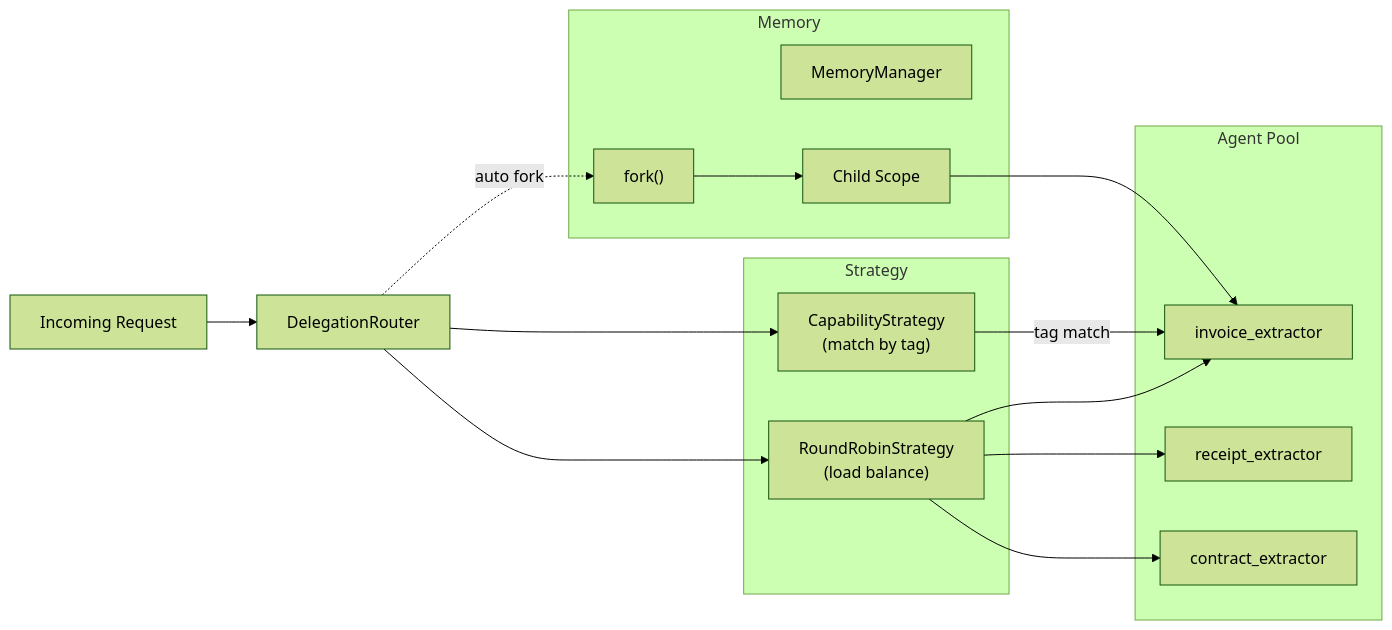
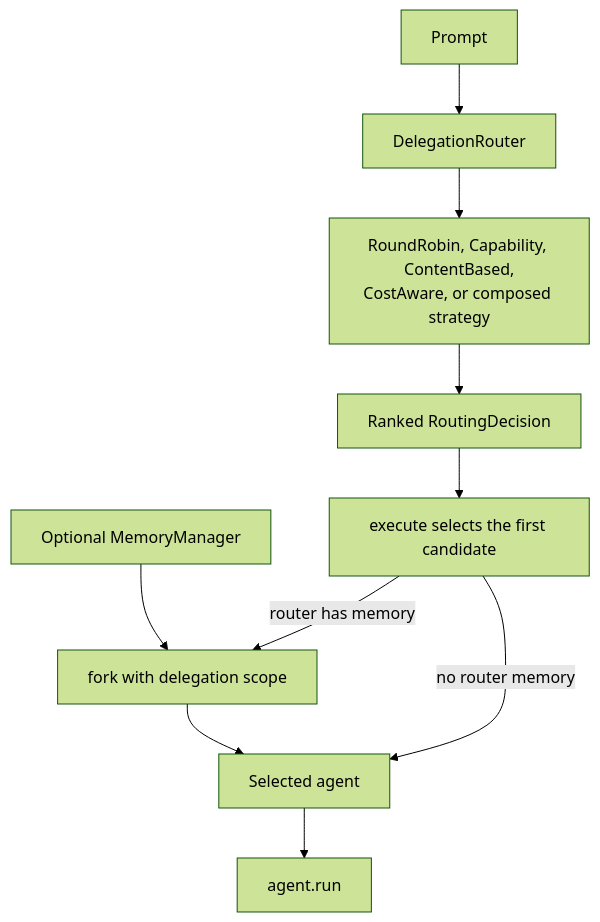
One commit to fireflyframework/fireflyframework-agentic changed the seventh of 8 diagrams in docs/tutorial.md. Above: the diagram before and after it, drawn with Mermaid (forest theme). The commit also changed other lines of this file and 49 other files, not shown here.

Commit message:
Align diagrams and guides with framework behavior

````diff
--- a/docs/tutorial.md
+++ b/docs/tutorial.md
@@ -3734,31 +3660,12 @@
 ```mermaid
-graph LR
-    REQ["Incoming Request"] --> ROUTER["DelegationRouter"]
-
-    subgraph Strategy
-        RR["RoundRobinStrategy\n(load balance)"]
-        CAP["CapabilityStrategy\n(match by tag)"]
-    end
-
-    ROUTER --> RR
-    ROUTER --> CAP
-
-    subgraph Agent Pool
-        A1["invoice_extractor"]
-        A2["receipt_extractor"]
-        A3["contract_extractor"]
-    end
-
-    RR --> A1 & A2 & A3
-    CAP -->|tag match| A1
-
-    subgraph Memory
-        MEM["MemoryManager"]
-        FORK["fork()"]
-        CHILD["Child Scope"]
-    end
-
-    ROUTER -.->|auto fork| FORK
-    FORK --> CHILD
-    CHILD --> A1
+flowchart TD
+    REQUEST["Prompt"] --> ROUTER["DelegationRouter"]
+    ROUTER --> STRATEGY["RoundRobin, Capability, ContentBased,<br/>CostAware, or composed strategy"]
+    STRATEGY --> DECISION["Ranked RoutingDecision"]
+    DECISION --> EXECUTE["execute selects the first candidate"]
+    MEMORY["Optional MemoryManager"] --> FORK["fork with delegation scope"]
+    EXECUTE -->|router has memory| FORK
+    FORK --> AGENT["Selected agent"]
+    EXECUTE -->|no router memory| AGENT
+    AGENT --> RUN["agent.run"]
 ```
````
